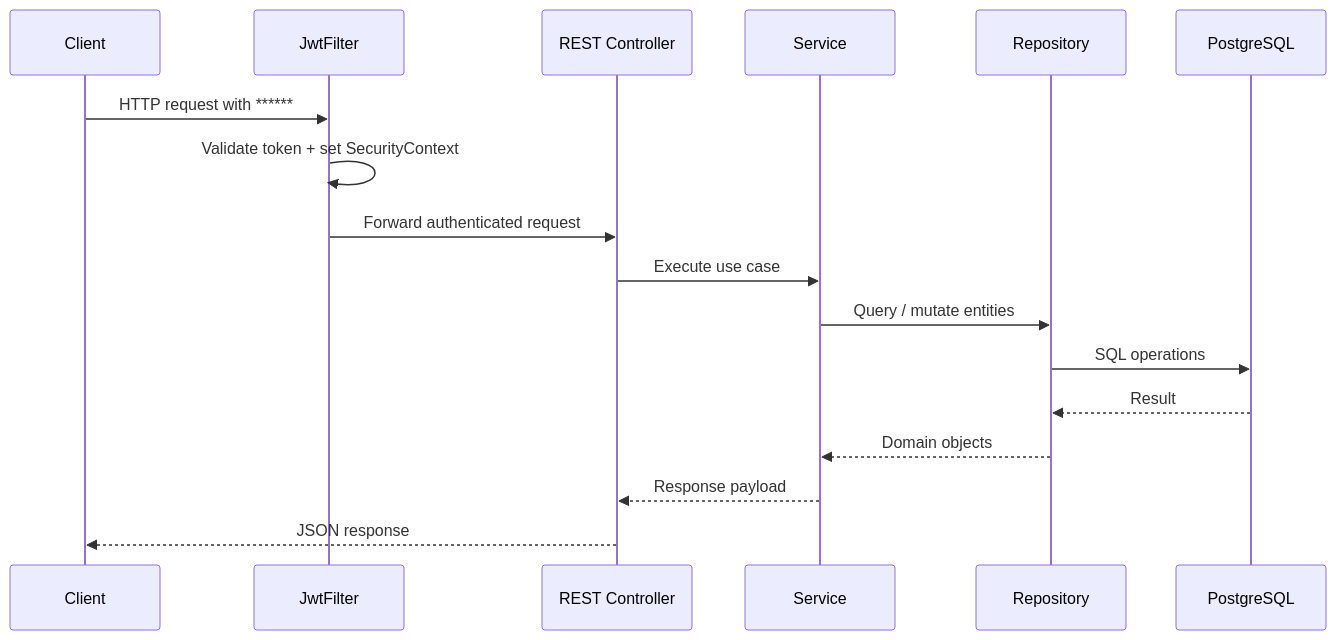
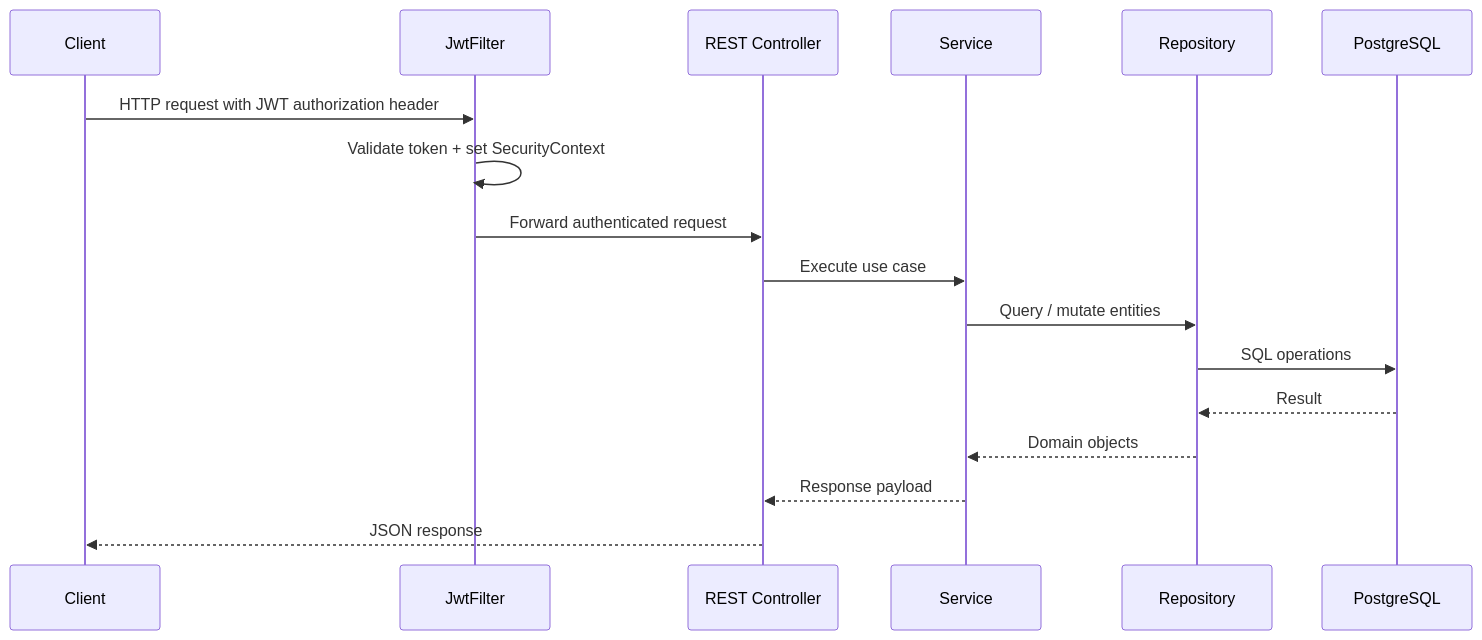
Before and after one commit to akshatddyl/collabwrite: the second of 7 diagrams in README.md, drawn with Mermaid. The commit also changed other lines of this file, not shown here.

````diff
--- a/README.md
+++ b/README.md
@@ -176,20 +176,20 @@
 ```mermaid
 sequenceDiagram
     participant C as Client
     participant F as JwtFilter
     participant RC as REST Controller
     participant S as Service
     participant R as Repository
     participant DB as PostgreSQL
 
-    C->>F: HTTP request with ******
+    C->>F: HTTP request with JWT authorization header
     F->>F: Validate token + set SecurityContext
     F->>RC: Forward authenticated request
     RC->>S: Execute use case
     S->>R: Query / mutate entities
     R->>DB: SQL operations
     DB-->>R: Result
     R-->>S: Domain objects
     S-->>RC: Response payload
     RC-->>C: JSON response
 ```
````
